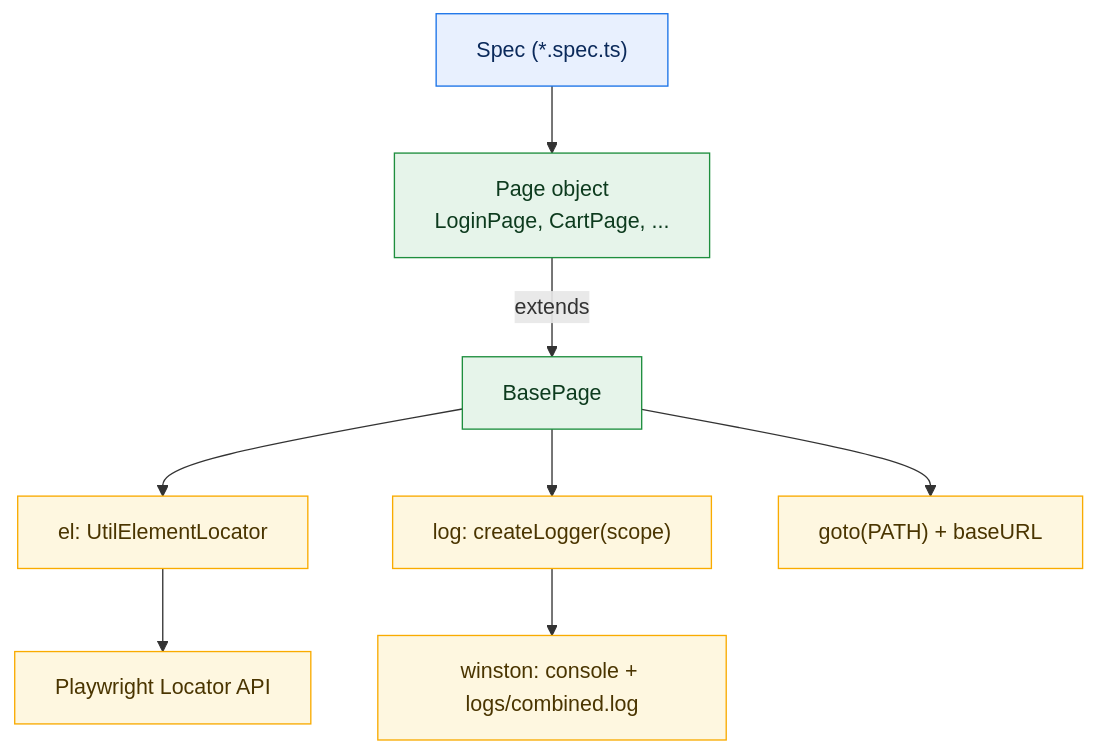
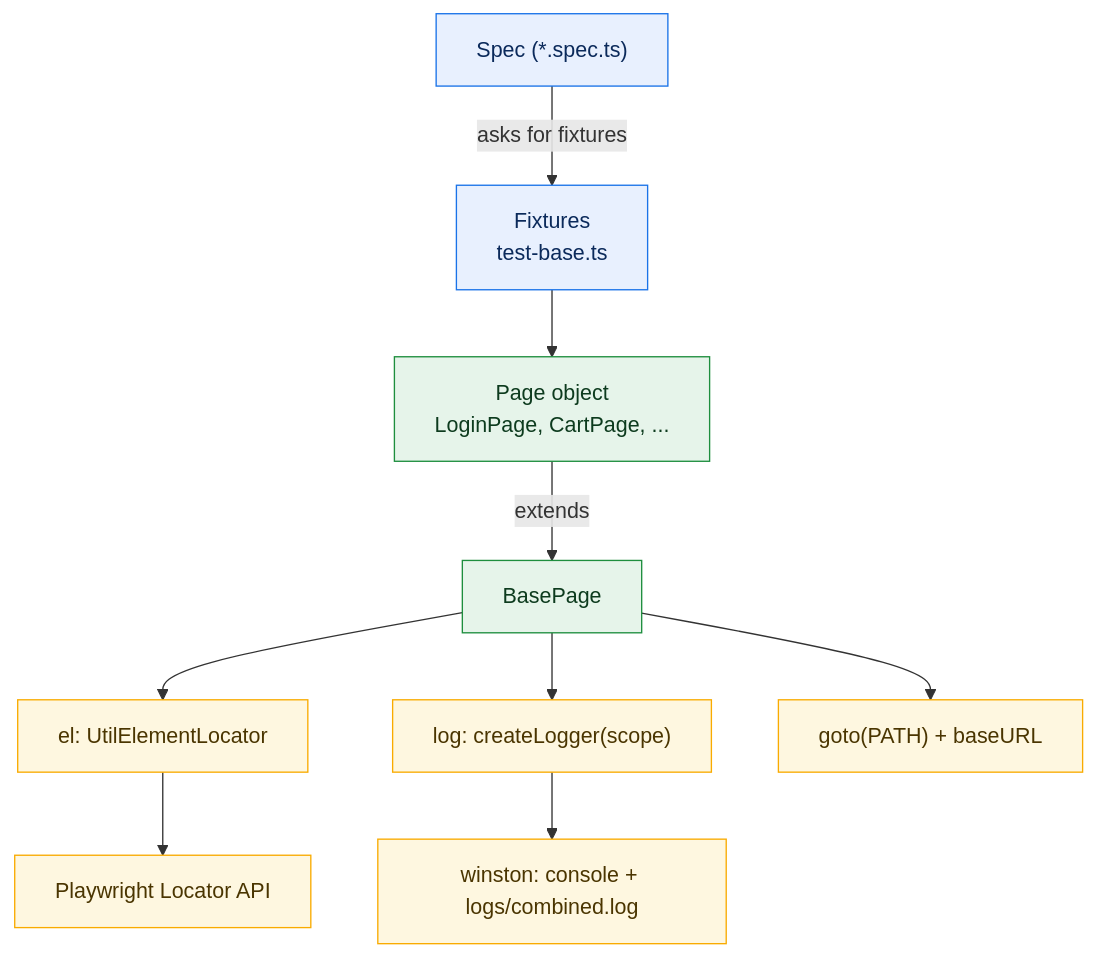
The first of 8 diagrams in AdvancedPlaywrightFramework3X/README.md (ishankwalia398/LearningPlaywright3X), drawn with Mermaid before and after one commit. The commit also changed other lines of this file and 21 other files, not shown here.

Commit message:
Add AI-powered QA insights and visual checkout flow

````diff
--- a/AdvancedPlaywrightFramework3X/README.md
+++ b/AdvancedPlaywrightFramework3X/README.md
@@ -143,17 +156,18 @@
 ```mermaid
 flowchart TD
-    T["Spec (*.spec.ts)"] --> P["Page object<br/>LoginPage, CartPage, ..."]
+    T["Spec (*.spec.ts)"] -->|asks for fixtures| FX["Fixtures<br/>test-base.ts"]
+    FX --> P["Page object<br/>LoginPage, CartPage, ..."]
     P -->|extends| B[BasePage]
     B --> E["el: UtilElementLocator"]
     B --> L["log: createLogger(scope)"]
     B --> G["goto(PATH) + baseURL"]
     E --> PW[Playwright Locator API]
     L --> W["winston: console + logs/combined.log"]
 
     classDef spec fill:#e8f0fe,stroke:#1a73e8,color:#0b2a5b
     classDef pom fill:#e6f4ea,stroke:#1e8e3e,color:#0d3b1e
     classDef util fill:#fef7e0,stroke:#f9ab00,color:#4a3500
-    class T spec
+    class T,FX spec
     class P,B pom
     class E,L,G,PW,W util
 ```
````
